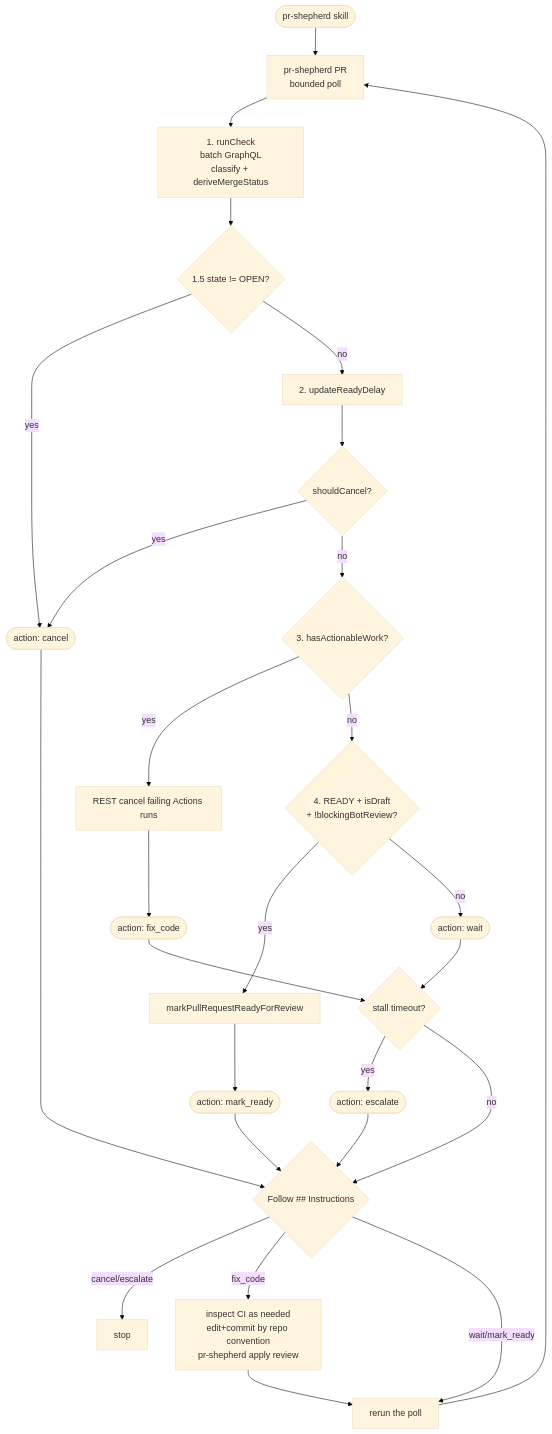
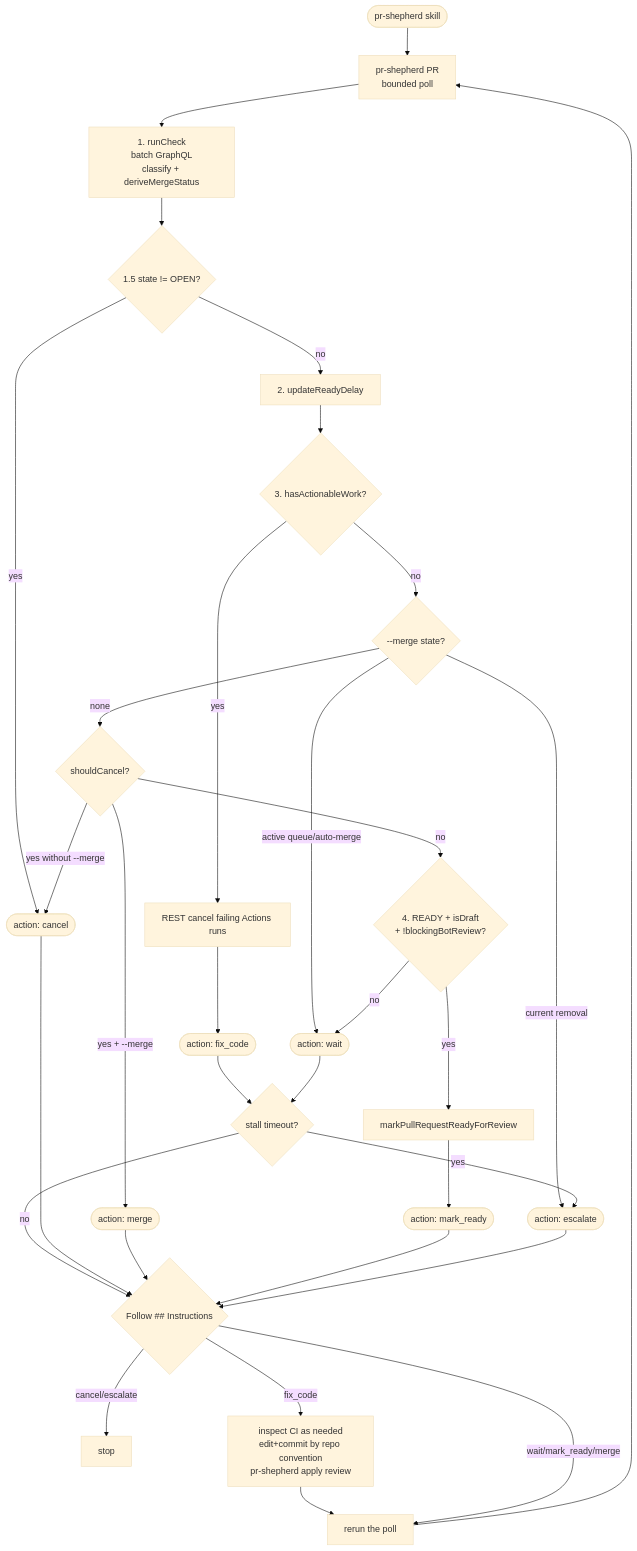
The diagram in docs/iterate-flow.md (jonathanong/pr-shepherd), drawn with Mermaid (base theme) before and after one commit. The commit also changed other lines of this file and 79 other files, not shown here.

````diff
--- a/docs/iterate-flow.md
+++ b/docs/iterate-flow.md
@@ -9,34 +9,39 @@
 ```mermaid
 flowchart TD
   U(["pr-shepherd skill"]) --> POLL["pr-shepherd PR<br/>bounded poll"]
 
   POLL --> S1["1. runCheck<br/>batch GraphQL<br/>classify + deriveMergeStatus"]
 
   S1 --> S15{"1.5 state != OPEN?"}
   S15 -->|yes| A_CAN(["action: cancel"])
   S15 -->|no| S2["2. updateReadyDelay"]
-  S2 --> S2C{"shouldCancel?"}
-  S2C -->|yes| A_CAN
-  S2C -->|no| S3{"3. hasActionableWork?"}
+  S2 --> S3{"3. hasActionableWork?"}
   S3 -->|yes| S3X["REST cancel failing Actions runs"]
   S3X --> A_FIX(["action: fix_code"])
-  S3 -->|no| S4{"4. READY + isDraft<br/>+ !blockingBotReview?"}
+  S3 -->|no| SM{"--merge state?"}
+  SM -->|active queue/auto-merge| A_W(["action: wait"])
+  SM -->|current removal| A_ESC(["action: escalate"])
+  SM -->|none| S2C{"shouldCancel?"}
+  S2C -->|yes + --merge| A_MERGE(["action: merge"])
+  S2C -->|yes without --merge| A_CAN
+  S2C -->|no| S4{"4. READY + isDraft<br/>+ !blockingBotReview?"}
   S4 -->|yes| S4X["markPullRequestReadyForReview"]
   S4X --> A_MR(["action: mark_ready"])
   S4 -->|no| A_W(["action: wait"])
 
   A_FIX --> STALL{"stall timeout?"}
   A_W --> STALL
   STALL -->|yes| A_ESC(["action: escalate"])
   STALL -->|no| DEC{"Follow ## Instructions"}
 
   A_CAN --> DEC
+  A_MERGE --> DEC
   A_MR --> DEC
   A_ESC --> DEC
 
   DEC -->|cancel/escalate| STOP["stop"]
   DEC -->|fix_code| FIX["inspect CI as needed<br/>edit+commit by repo convention<br/>pr-shepherd apply review"]
   FIX --> RERUN["rerun the poll"]
-  DEC -->|wait/mark_ready| RERUN
+  DEC -->|wait/mark_ready/merge| RERUN
   RERUN --> POLL
 ```
````
